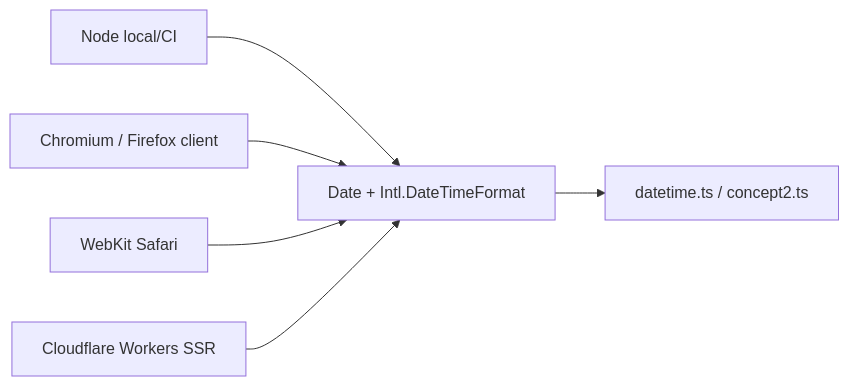
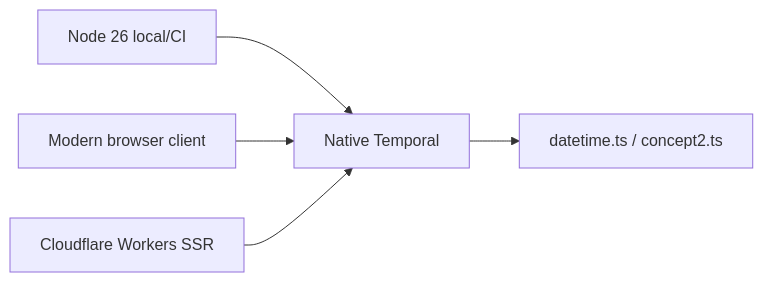
One commit to shenghaoc/rowplay changed the first of 2 diagrams in .kiro/specs/platform-modernization-audit/design.md. Above: the diagram before and after it, drawn with Mermaid. The commit also changed other lines of this file and 13 other files, not shown here.

Commit message:
Use native Temporal without legacy Date

````diff
--- a/.kiro/specs/platform-modernization-audit/design.md
+++ b/.kiro/specs/platform-modernization-audit/design.md
@@ -190,8 +190,7 @@
 ```mermaid
 flowchart LR
-  intl["Date + Intl.DateTimeFormat"] --> dt["datetime.ts / concept2.ts"]
-  N26["Node local/CI"] --> intl
-  Chr["Chromium / Firefox client"] --> intl
-  WK["WebKit Safari"] --> intl
-  CF["Cloudflare Workers SSR"] --> intl
+  temporal["Native Temporal"] --> dt["datetime.ts / concept2.ts"]
+  N26["Node 26 local/CI"] --> temporal
+  Chr["Modern browser client"] --> temporal
+  CF["Cloudflare Workers SSR"] --> temporal
 ```
````
